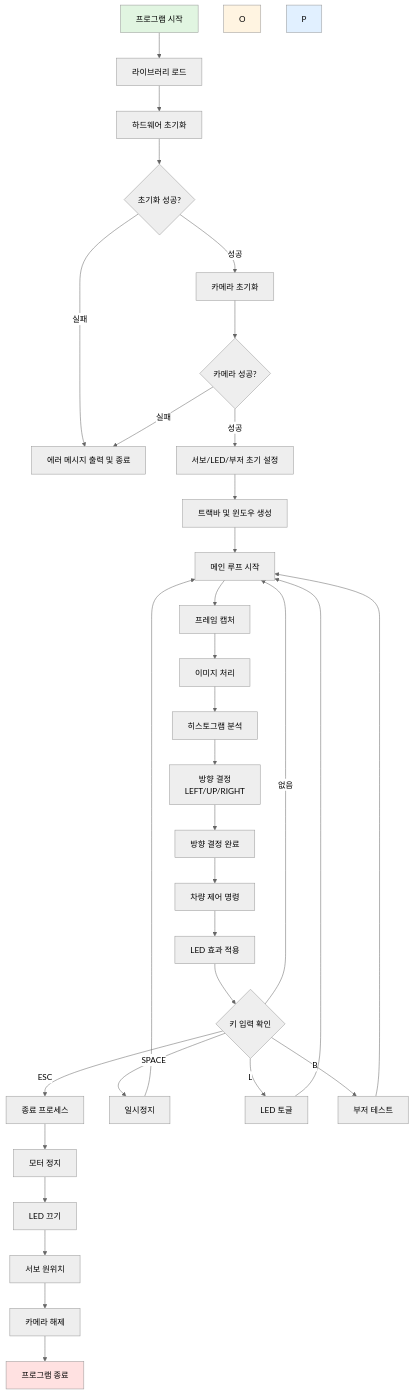
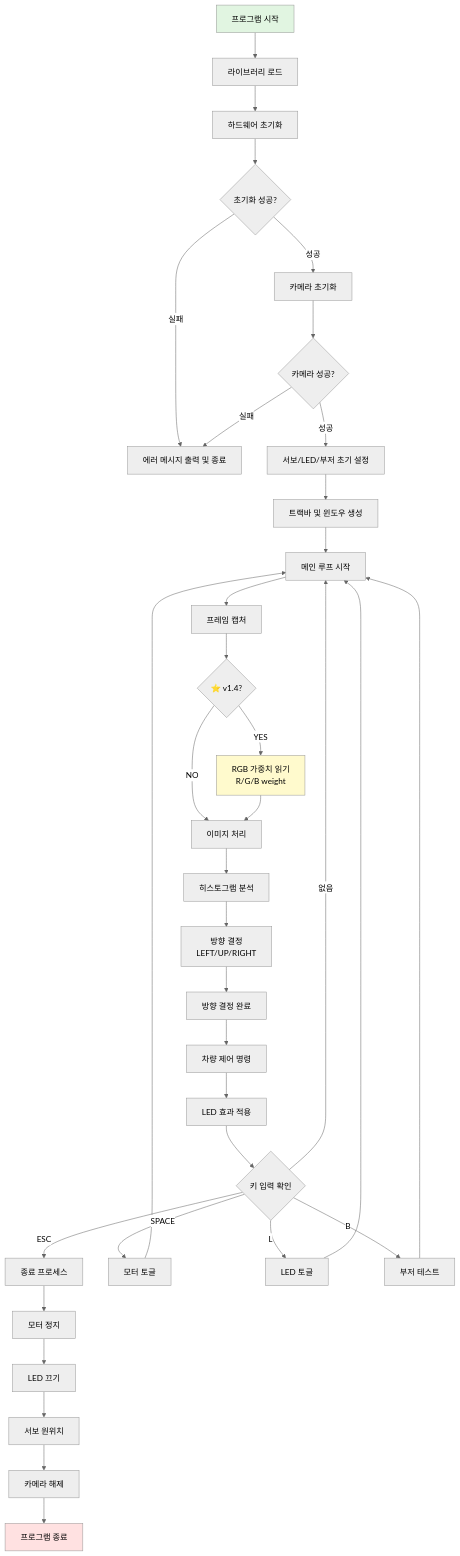
Before and after one commit to Collegenie-X/Raspbot-v2-self-driving-car: the first of 12 diagrams in 03_self_driving/AUTOPLOT_SYSTEM_ANALYSIS.md, drawn with Mermaid (neutral theme). The commit also changed other lines of this file and 5 other files, not shown here.

````diff
--- a/03_self_driving/AUTOPLOT_SYSTEM_ANALYSIS.md
+++ b/03_self_driving/AUTOPLOT_SYSTEM_ANALYSIS.md
@@ -75,41 +126,43 @@
 ```mermaid
 graph TD
     A[프로그램 시작] --> B[라이브러리 로드]
     B --> C[하드웨어 초기화]
     C --> D{초기화 성공?}
     D -->|실패| E[에러 메시지 출력 및 종료]
     D -->|성공| F[카메라 초기화]
     F --> G{카메라 성공?}
     G -->|실패| E
     G -->|성공| H[서보/LED/부저 초기 설정]
     H --> I[트랙바 및 윈도우 생성]
     I --> J[메인 루프 시작]
     
     J --> K[프레임 캡처]
-    K --> L[이미지 처리]
+    K --> K1{⭐ v1.4?}
+    K1 -->|YES| K2[RGB 가중치 읽기<br/>R/G/B weight]
+    K1 -->|NO| L
+    K2 --> L[이미지 처리]
     L --> M[히스토그램 분석]
     M --> N[방향 결정<br/>LEFT/UP/RIGHT]
     N --> Q[방향 결정 완료]
     Q --> R[차량 제어 명령]
     R --> S[LED 효과 적용]
     S --> T{키 입력 확인}
     T -->|ESC| U[종료 프로세스]
-    T -->|SPACE| V[일시정지]
+    T -->|SPACE| V[모터 토글]
     T -->|L| W[LED 토글]
     T -->|B| X[부저 테스트]
     T -->|없음| J
     V --> J
     W --> J
     X --> J
     
     U --> Y[모터 정지]
     Y --> Z[LED 끄기]
     Z --> AA[서보 원위치]
     AA --> AB[카메라 해제]
     AB --> AC[프로그램 종료]
     
     style A fill:#e1f5e1
     style AC fill:#ffe1e1
-    style O fill:#fff4e1
-    style P fill:#e1f0ff
+    style K2 fill:#fffacd
 ```
````
